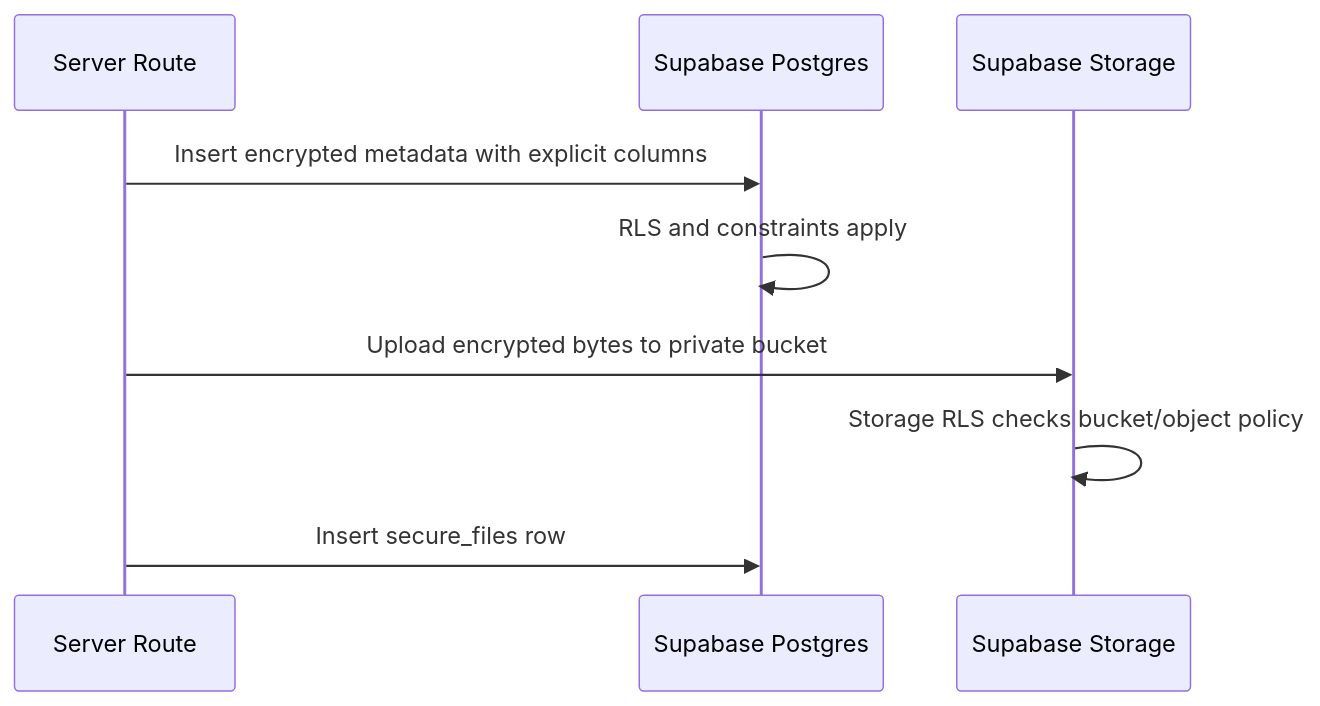
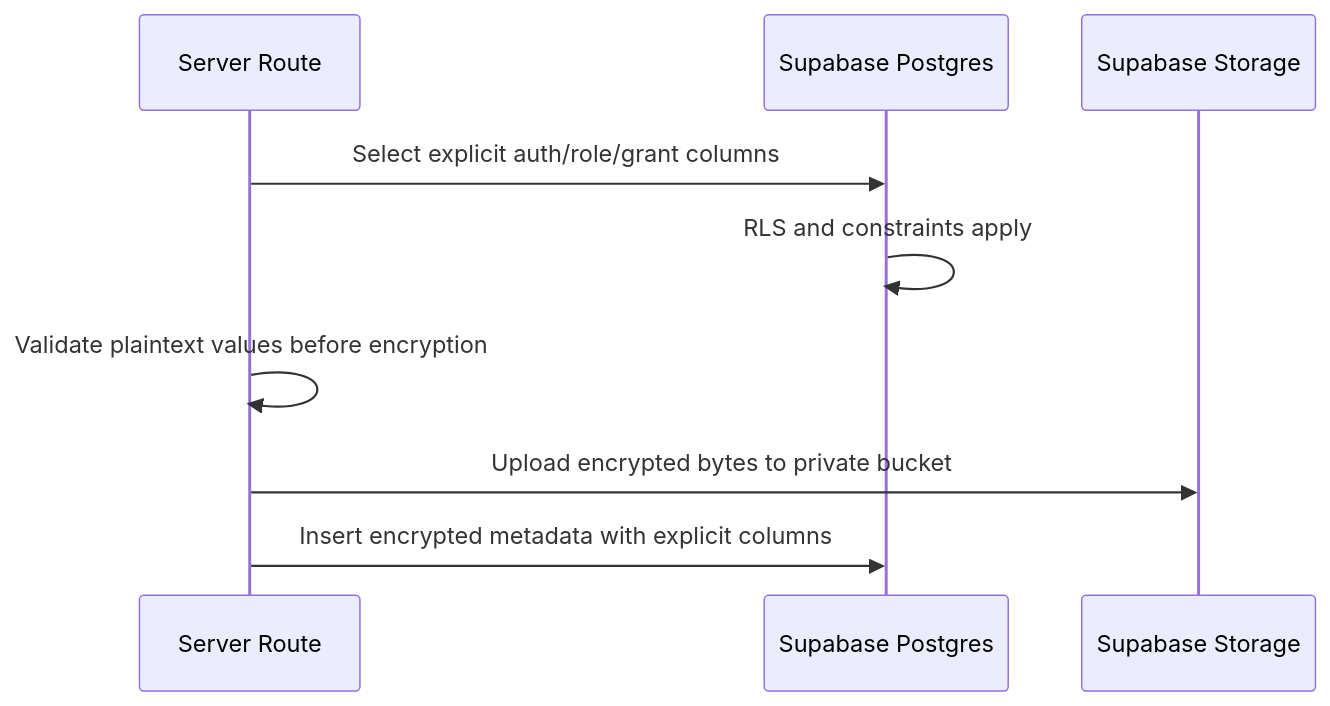
The second of 2 diagrams in plans/sprint-01/02-supabase-data-rls-storage.md (ranggabiner/technofest), drawn with Mermaid before and after one commit. The commit also changed other lines of this file and 9 other files, not shown here.

````diff
--- a/plans/sprint-01/02-supabase-data-rls-storage.md
+++ b/plans/sprint-01/02-supabase-data-rls-storage.md
@@ -128,11 +756,11 @@
 ```mermaid
 sequenceDiagram
   participant App as Server Route
   participant DB as Supabase Postgres
   participant Storage as Supabase Storage
+  App->>DB: Select explicit auth/role/grant columns
+  DB->>DB: RLS and constraints apply
+  App->>App: Validate plaintext values before encryption
+  App->>Storage: Upload encrypted bytes to private bucket
   App->>DB: Insert encrypted metadata with explicit columns
-  DB->>DB: RLS and constraints apply
-  App->>Storage: Upload encrypted bytes to private bucket
-  Storage->>Storage: Storage RLS checks bucket/object policy
-  App->>DB: Insert secure_files row
 ```
````
